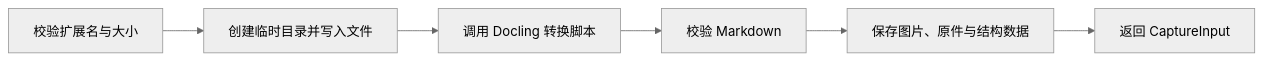
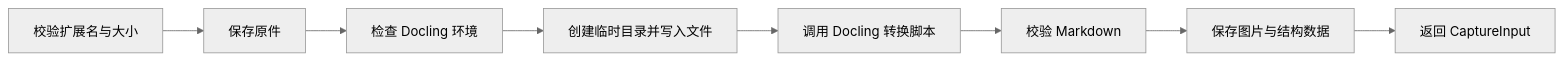
The diagram in .repo-review/knowledge/articles/b5a08db191934d824c3c6c4b3b695c1ad726b09ac4e20f88c11354c6912a9152.md (lejunyang/omem), drawn with Mermaid (neutral theme) before and after one commit. The commit also changed other lines of this file and 23 other files, not shown here.

````diff
--- a/.repo-review/knowledge/articles/b5a08db191934d824c3c6c4b3b695c1ad726b09ac4e20f88c11354c6912a9152.md
+++ b/.repo-review/knowledge/articles/b5a08db191934d824c3c6c4b3b695c1ad726b09ac4e20f88c11354c6912a9152.md
@@ -17,8 +17,10 @@
 ```mermaid
 flowchart LR
-  A[校验扩展名与大小] --> B[创建临时目录并写入文件]
-  B --> C[调用 Docling 转换脚本]
-  C --> D[校验 Markdown]
-  D --> E[保存图片、原件与结构数据]
-  E --> F[返回 CaptureInput]
+  A[校验扩展名与大小] --> B[保存原件]
+  B --> C[检查 Docling 环境]
+  C --> D[创建临时目录并写入文件]
+  D --> E[调用 Docling 转换脚本]
+  E --> F[校验 Markdown]
+  F --> G[保存图片与结构数据]
+  G --> H[返回 CaptureInput]
 ```
````
